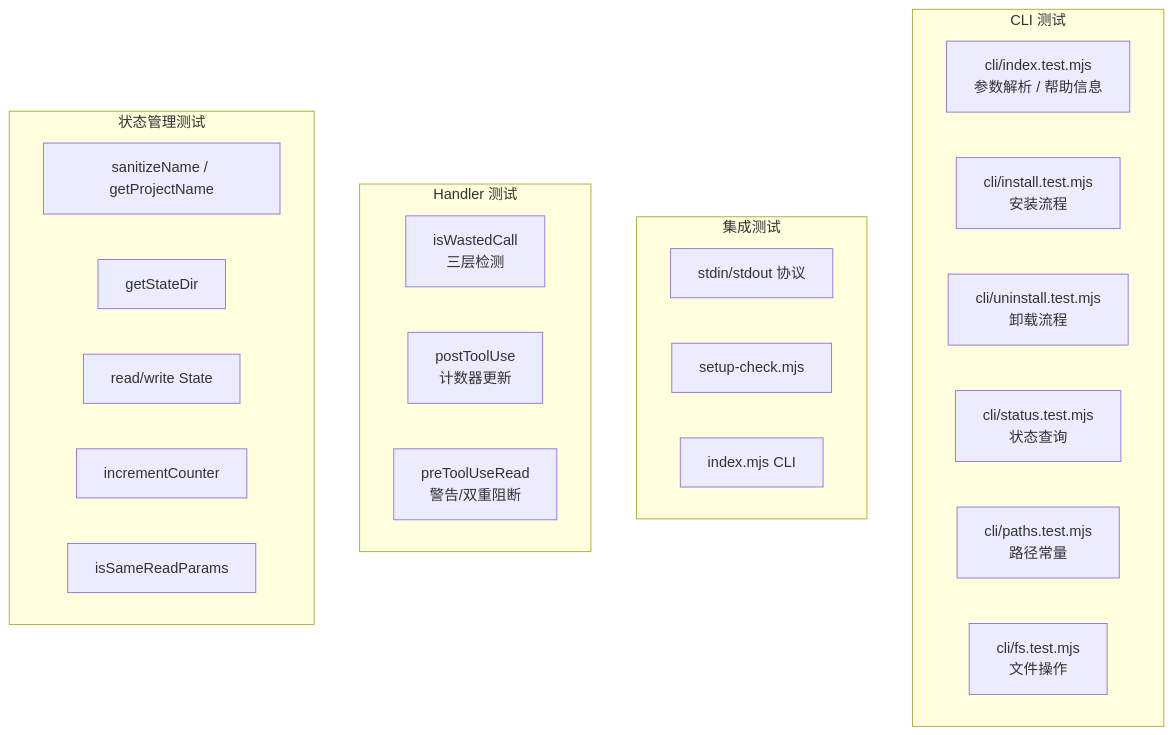
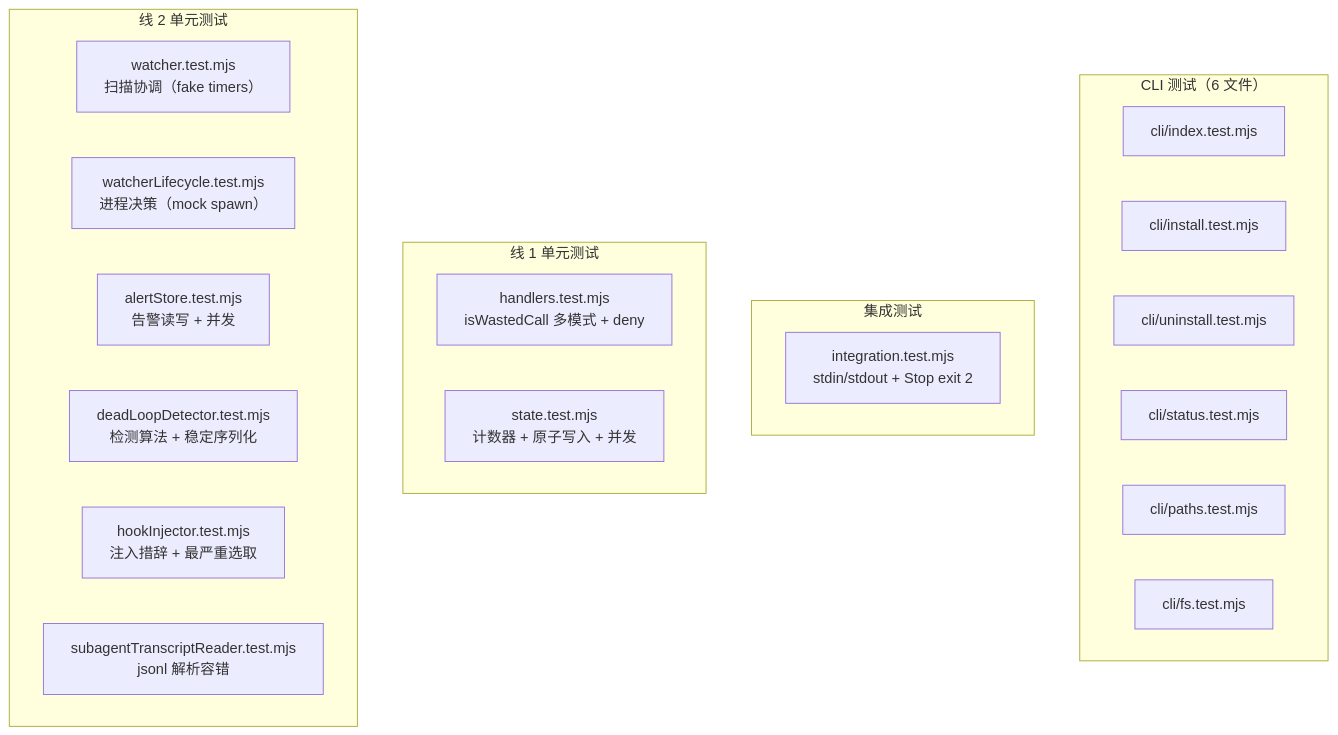
Before and after one commit to Lionad-Morotar/cc-break-dead-loop: the diagram in docs/4.DeepDive/Testing.md, drawn with Mermaid. The commit also changed other lines of this file and 15 other files, not shown here.

````diff
--- a/docs/4.DeepDive/Testing.md
+++ b/docs/4.DeepDive/Testing.md
@@ -17,31 +18,29 @@
 ```mermaid
 graph TD
-  subgraph "CLI 测试"
-    C1[cli/index.test.mjs<br/>参数解析 / 帮助信息]
-    C2[cli/install.test.mjs<br/>安装流程]
-    C3[cli/uninstall.test.mjs<br/>卸载流程]
-    C4[cli/status.test.mjs<br/>状态查询]
-    C5[cli/paths.test.mjs<br/>路径常量]
-    C6[cli/fs.test.mjs<br/>文件操作]
+  subgraph "CLI 测试（6 文件）"
+    C1[cli/index.test.mjs]
+    C2[cli/install.test.mjs]
+    C3[cli/uninstall.test.mjs]
+    C4[cli/status.test.mjs]
+    C5[cli/paths.test.mjs]
+    C6[cli/fs.test.mjs]
   end
 
   subgraph "集成测试"
-    I1[stdin/stdout 协议]
-    I2[setup-check.mjs]
-    I3[index.mjs CLI]
+    I1[integration.test.mjs<br/>stdin/stdout + Stop exit 2]
   end
 
-  subgraph "Handler 测试"
-    H1[isWastedCall<br/>三层检测]
-    H2[postToolUse<br/>计数器更新]
-    H3[preToolUseRead<br/>警告/双重阻断]
+  subgraph "线 1 单元测试"
+    H1[handlers.test.mjs<br/>isWastedCall 多模式 + deny]
+    H2[state.test.mjs<br/>计数器 + 原子写入 + 并发]
   end
 
-  subgraph "状态管理测试"
-    S1[sanitizeName / getProjectName]
-    S2[getStateDir]
-    S3[read/write State]
-    S4[incrementCounter]
-    S5[isSameReadParams]
+  subgraph "线 2 单元测试"
+    W1[watcher.test.mjs<br/>扫描协调（fake timers）]
+    W2[watcherLifecycle.test.mjs<br/>进程决策（mock spawn）]
+    W3[alertStore.test.mjs<br/>告警读写 + 并发]
+    W4[deadLoopDetector.test.mjs<br/>检测算法 + 稳定序列化]
+    W5[hookInjector.test.mjs<br/>注入措辞 + 最严重选取]
+    W6[subagentTranscriptReader.test.mjs<br/>jsonl 解析容错]
   end
 ```
````
